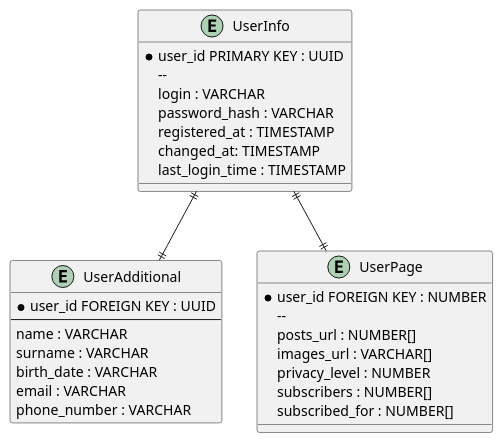
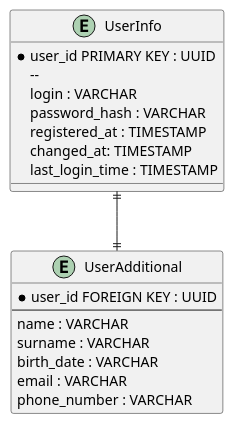
The diagram in docs/user_service.puml (Doughnutik/SOA-HSE), drawn with PlantUML before and after one commit. The commit also changed 17 other files, not shown here.

```diff
--- a/docs/user_service.puml
+++ b/docs/user_service.puml
@@ -1,36 +1,25 @@
 @startuml
 
 entity "UserInfo" {
 	* user_id PRIMARY KEY : UUID
   	--
   	login : VARCHAR
   	password_hash : VARCHAR
 	registered_at : TIMESTAMP
 	changed_at: TIMESTAMP
 	last_login_time : TIMESTAMP
 }
 
 entity "UserAdditional" {
   	* user_id FOREIGN KEY : UUID
   	--
 	name : VARCHAR
   	surname : VARCHAR
 	birth_date : VARCHAR
 	email : VARCHAR
 	phone_number : VARCHAR
 }
 
-entity "UserPage" {
-	* user_id FOREIGN KEY : NUMBER
-  	--
-  	posts_url : NUMBER[]
-	images_url : VARCHAR[]
-	privacy_level : NUMBER
-	subscribers : NUMBER[]
-	subscribed_for : NUMBER[]
-}
-
-UserInfo ||--|| UserPage
 UserInfo ||--|| UserAdditional
   
 @enduml
```
